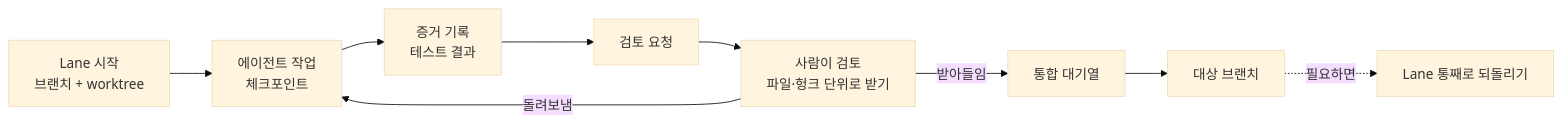
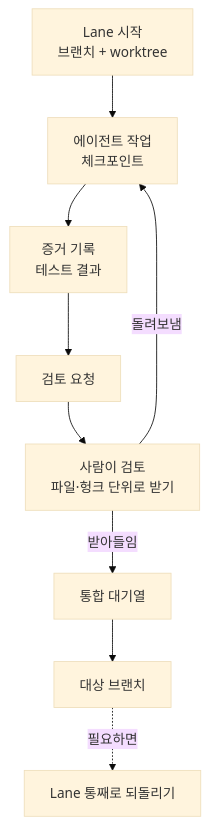
One commit to bbdyno/bbdyno.github.io changed the diagram in _posts/2026-11-23-branchlane-mac-git-client.md. Above: the diagram before and after it, drawn with Mermaid (base theme).

Commit message:
docs: 개발기 Lane 순서도를 세로로 바꿔 글자가 읽히게 함

```diff
--- a/_posts/2026-11-23-branchlane-mac-git-client.md
+++ b/_posts/2026-11-23-branchlane-mac-git-client.md
@@ -88,11 +88,11 @@
 ~~~mermaid
-flowchart LR
+flowchart TD
     A["Lane 시작<br/>브랜치 + worktree"] --> B["에이전트 작업<br/>체크포인트"]
     B --> C["증거 기록<br/>테스트 결과"]
     C --> D["검토 요청"]
     D --> E["사람이 검토<br/>파일·헝크 단위로 받기"]
     E -->|받아들임| F["통합 대기열"]
     E -->|돌려보냄| B
     F --> G["대상 브랜치"]
     G -.->|필요하면| H["Lane 통째로 되돌리기"]
 ~~~
```
